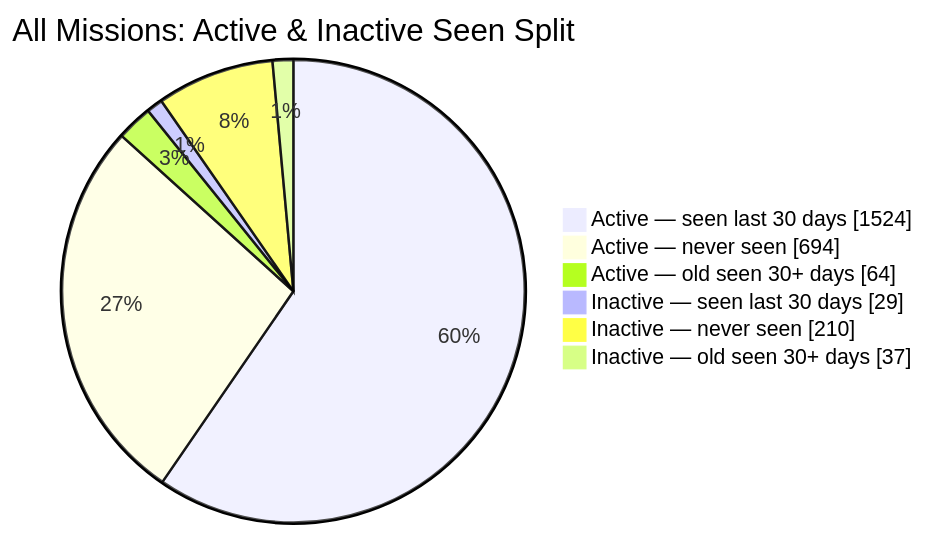
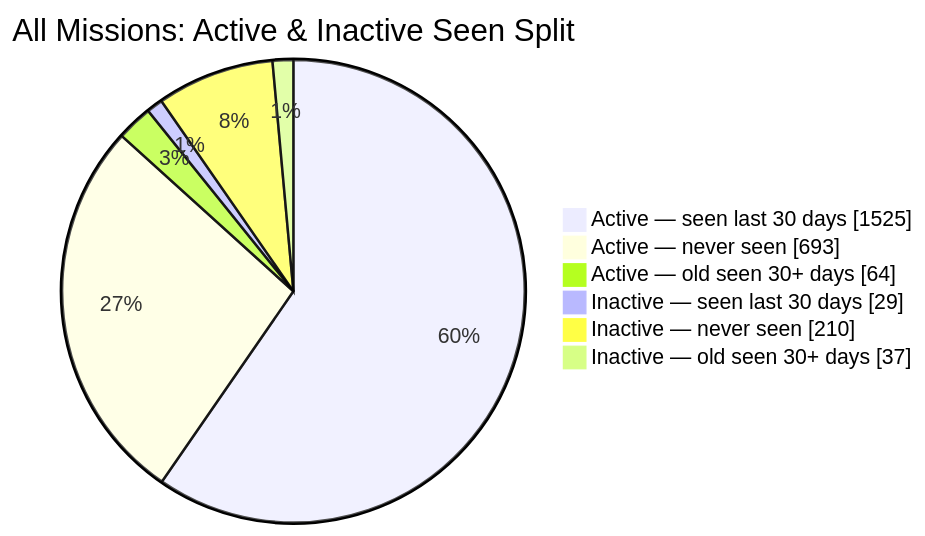
Before and after one commit to MeldkamerspelGameTeam/active-missions: the second of 2 diagrams in README.md, drawn with Mermaid. The commit also changed other lines of this file and 2 other files, not shown here.

````diff
--- a/README.md
+++ b/README.md
@@ -44,10 +44,10 @@
 ```mermaid
 pie showData
     title All Missions: Active & Inactive Seen Split
-    "Active — seen last 30 days" : 1524
-    "Active — never seen" : 694
+    "Active — seen last 30 days" : 1525
+    "Active — never seen" : 693
     "Active — old seen 30+ days" : 64
     "Inactive — seen last 30 days" : 29
     "Inactive — never seen" : 210
     "Inactive — old seen 30+ days" : 37
 ```
````
